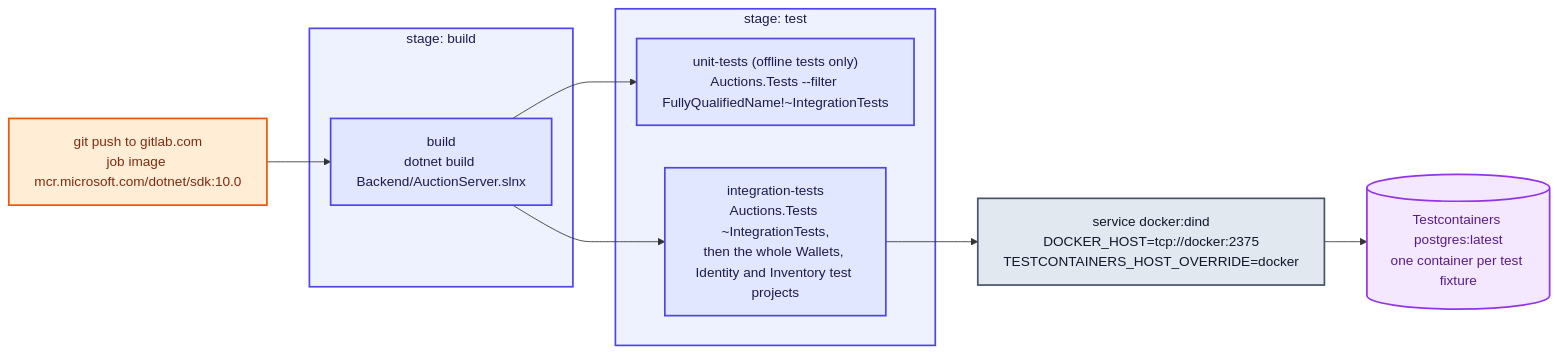
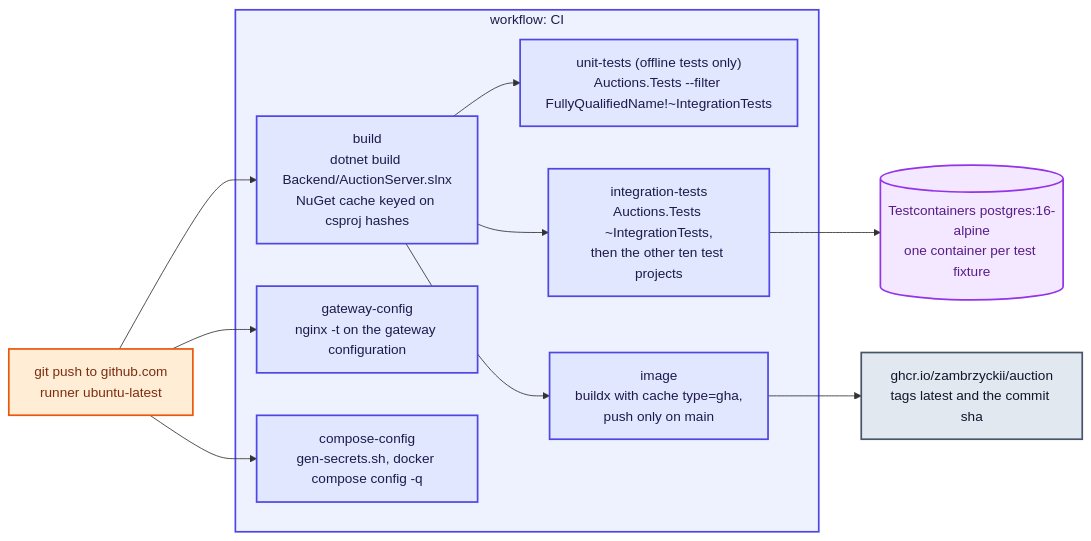
Before and after one commit to Zambrzyckii/Auction: the diagram in docs/diagrams/src/architecture-07-ci-pipeline.mmd, drawn with Mermaid. The commit also changed 20 other files, not shown here.

Commit message:
Drop GitLab CI and extend GitHub workflow

```diff
--- a/docs/diagrams/src/architecture-07-ci-pipeline.mmd
+++ b/docs/diagrams/src/architecture-07-ci-pipeline.mmd
@@ -1,31 +1,33 @@
 flowchart LR
 
-    Push["git push to gitlab.com<br/>job image mcr.microsoft.com/dotnet/sdk:10.0"]:::client
+    Push["git push to github.com<br/>runner ubuntu-latest"]:::client
 
-    subgraph S1 ["stage: build"]
-        Build["build<br/>dotnet build Backend/AuctionServer.slnx"]:::host
+    subgraph S1 ["workflow: CI"]
+        Build["build<br/>dotnet build Backend/AuctionServer.slnx<br/>NuGet cache keyed on csproj hashes"]:::host
+        Unit["unit-tests (offline tests only)<br/>Auctions.Tests --filter FullyQualifiedName!~IntegrationTests"]:::host
+        Integ["integration-tests<br/>Auctions.Tests ~IntegrationTests,<br/>then the other ten test projects"]:::host
+        Gateway["gateway-config<br/>nginx -t on the gateway configuration"]:::host
+        Compose["compose-config<br/>gen-secrets.sh, docker compose config -q"]:::host
+        Image["image<br/>buildx with cache type=gha,<br/>push only on main"]:::host
     end
 
-    subgraph S2 ["stage: test"]
-        Unit["unit-tests (offline tests only)<br/>Auctions.Tests --filter FullyQualifiedName!~IntegrationTests"]:::host
-        Integ["integration-tests<br/>Auctions.Tests ~IntegrationTests,<br/>then the whole Wallets, Identity and Inventory test projects"]:::host
-    end
-
-    Dind["service docker:dind<br/>DOCKER_HOST=tcp://docker:2375<br/>TESTCONTAINERS_HOST_OVERRIDE=docker"]:::shared
-    Pg[("Testcontainers postgres:latest<br/>one container per test fixture")]:::db
+    Pg[("Testcontainers postgres:16-alpine<br/>one container per test fixture")]:::db
+    Ghcr["ghcr.io/zambrzyckii/auction<br/>tags latest and the commit sha"]:::shared
 
     Push --> Build --> Unit
-    Build --> Integ --> Dind --> Pg
+    Build --> Integ --> Pg
+    Build --> Image --> Ghcr
+    Push --> Gateway
+    Push --> Compose
 
     style S1 fill:#EEF2FF,stroke:#4F46E5,stroke-width:2px,color:#1E1B4B
-    style S2 fill:#EEF2FF,stroke:#4F46E5,stroke-width:2px,color:#1E1B4B
 
     classDef client    fill:#FFEDD5,stroke:#EA580C,stroke-width:2px,color:#7C2D12
     classDef host      fill:#E0E7FF,stroke:#4F46E5,stroke-width:2px,color:#1E1B4B
     classDef identity  fill:#FEF3C7,stroke:#D97706,stroke-width:2px,color:#78350F
     classDef wallets   fill:#D1FAE5,stroke:#059669,stroke-width:2px,color:#064E3B
     classDef auctions  fill:#E0F2FE,stroke:#0284C7,stroke-width:2px,color:#0C4A6E
     classDef inventory fill:#FFE4E6,stroke:#E11D48,stroke-width:2px,color:#881337
     classDef shared    fill:#E2E8F0,stroke:#475569,stroke-width:2px,color:#0F172A
     classDef planned   fill:#F4F4F5,stroke:#71717A,stroke-width:2px,stroke-dasharray:6 4,color:#27272A
     classDef db        fill:#F3E8FF,stroke:#9333EA,stroke-width:2px,color:#581C87
```
